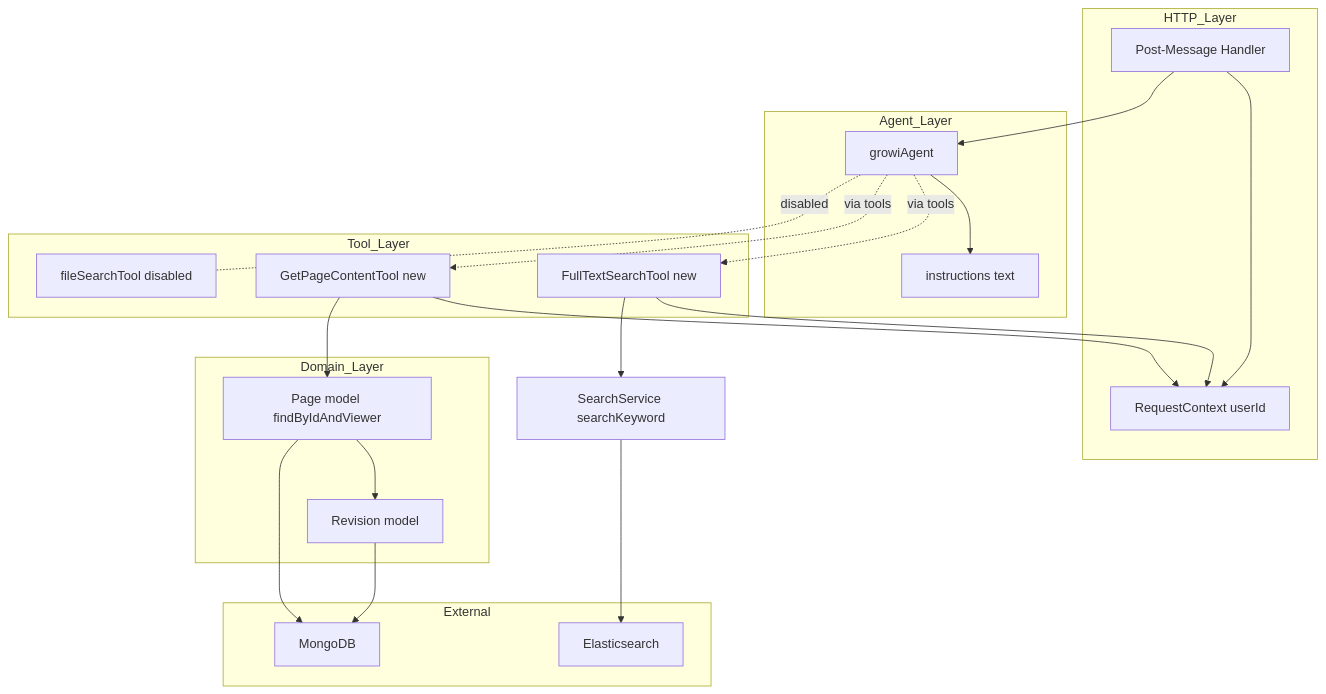
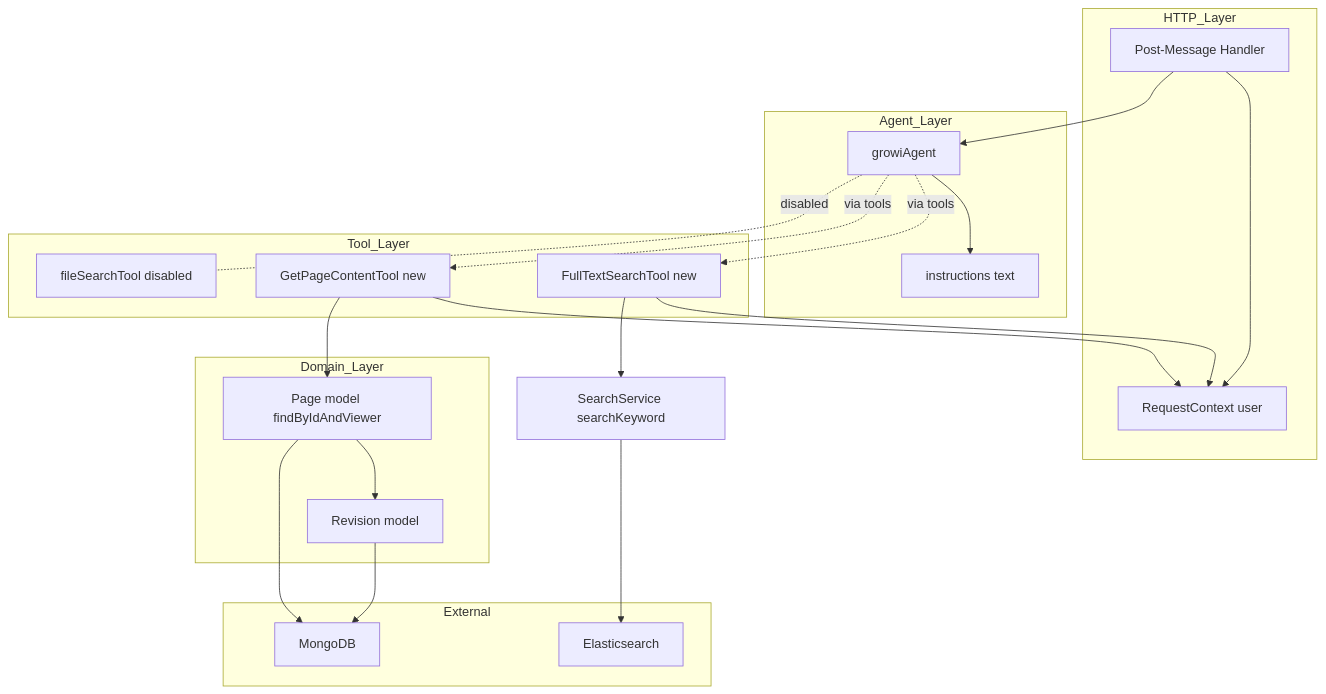
The first of 4 diagrams in .kiro/specs/agentic-search/design.md (growilabs/growi), drawn with Mermaid before and after one commit. The commit also changed other lines of this file and 1 other file, not shown here.

Commit message:
feat: Enhance agentic search tools and request context

````diff
--- a/.kiro/specs/agentic-search/design.md
+++ b/.kiro/specs/agentic-search/design.md
@@ -91,39 +91,39 @@
 ```mermaid
 graph TB
     subgraph HTTP_Layer
         PostMessage[Post-Message Handler]
-        ReqCtx[RequestContext userId]
+        ReqCtx[RequestContext user]
     end
     subgraph Agent_Layer
         GrowiAgent[growiAgent]
         Instructions[instructions text]
     end
     subgraph Tool_Layer
         FullText[FullTextSearchTool new]
         GetPage[GetPageContentTool new]
         FileSearch[fileSearchTool disabled]
     end
     subgraph Domain_Layer
         PageModel[Page model findByIdAndViewer]
         RevisionModel[Revision model]
     end
     subgraph External
         Mongo[MongoDB]
         Elasticsearch[Elasticsearch]
     end
 
     PostMessage --> ReqCtx
     PostMessage --> GrowiAgent
     GrowiAgent --> Instructions
     GrowiAgent -.via tools.-> FullText
     GrowiAgent -.via tools.-> GetPage
     GrowiAgent -. disabled .- FileSearch
     FullText --> ReqCtx
     FullText --> SearchService[SearchService searchKeyword]
     SearchService --> Elasticsearch
     GetPage --> ReqCtx
     GetPage --> PageModel
     PageModel --> RevisionModel
     PageModel --> Mongo
     RevisionModel --> Mongo
 ```
````
